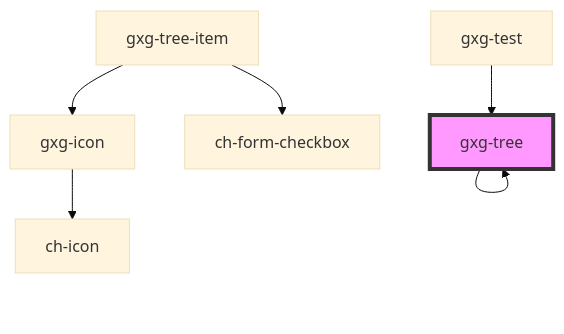
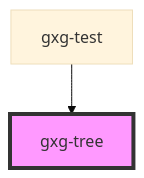
Before and after one commit to genexuslabs/gemini: the diagram in src/components/tree/readme.md, drawn with Mermaid (base theme). The commit also changed other lines of this file and 12 other files, not shown here.

Commit message:
update tree and tree-item

````diff
--- a/src/components/tree/readme.md
+++ b/src/components/tree/readme.md
@@ -54,9 +38,5 @@
 ```mermaid
 graph TD;
-  gxg-tree --> gxg-tree
-  gxg-tree-item --> gxg-icon
-  gxg-tree-item --> ch-form-checkbox
-  gxg-icon --> ch-icon
   gxg-test --> gxg-tree
   style gxg-tree fill:#f9f,stroke:#333,stroke-width:4px
 ```
````
